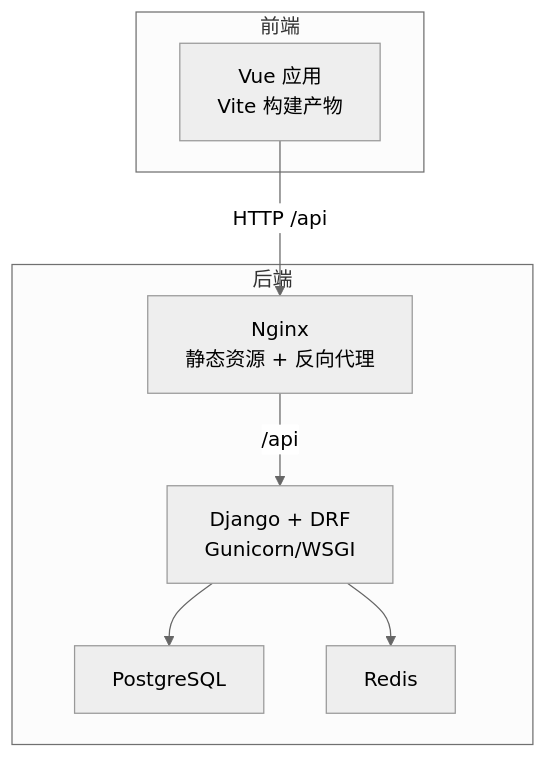
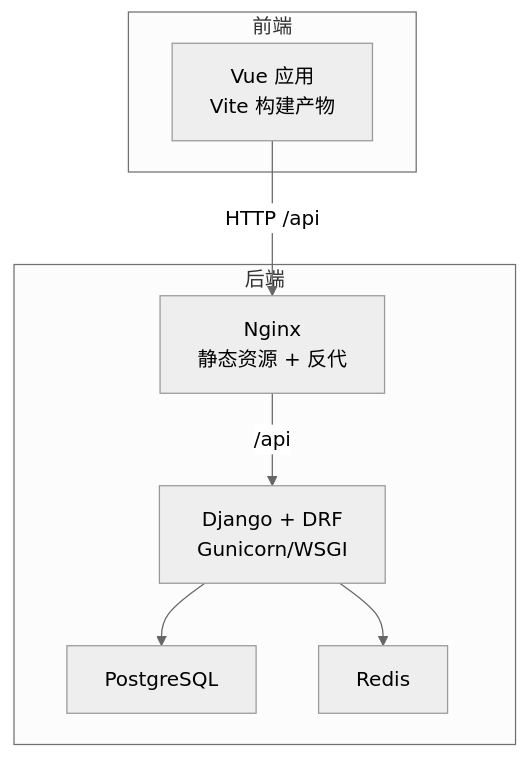
One commit to zyp-coder/Metadata changed the first of 3 diagrams in .qoder/repowiki/zh/content/部署配置/部署配置.md. Above: the diagram before and after it, drawn with Mermaid (neutral theme). The commit also changed other lines of this file and 42 other files, not shown here.

````diff
--- a/.qoder/repowiki/zh/content/部署配置/部署配置.md
+++ b/.qoder/repowiki/zh/content/部署配置/部署配置.md
@@ -42,16 +47,16 @@
 ```mermaid
 graph TB
 subgraph "前端"
 FE["Vue 应用<br/>Vite 构建产物"]
 end
 subgraph "后端"
 BE["Django + DRF<br/>Gunicorn/WSGI"]
 DB["PostgreSQL"]
 RC["Redis"]
-NGINX["Nginx<br/>静态资源 + 反向代理"]
+NGINX["Nginx<br/>静态资源 + 反代"]
 end
 FE --> |HTTP /api| NGINX
 NGINX --> |/api| BE
 BE --> DB
 BE --> RC
 ```
````
